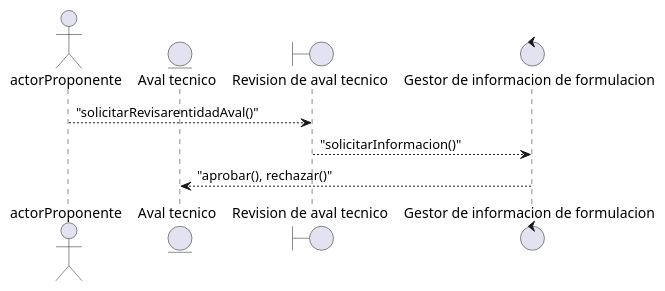
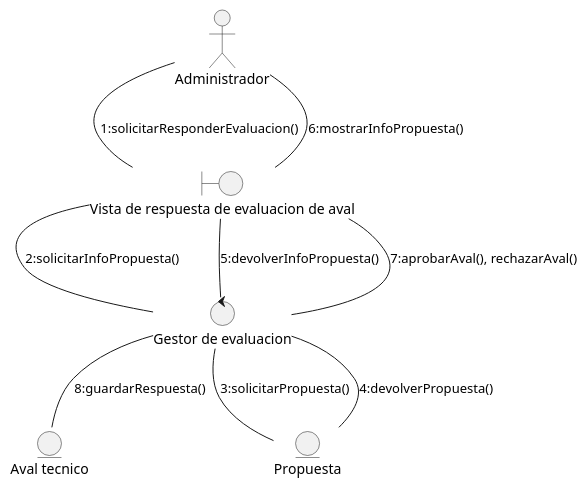
Before and after one commit to Samantha-Ramirez/ProyectoEquipo7ING: the diagram in docs/scenariosView/DisciplinaDeAnalisisDiagramaDeColaboracionResponderEvaluacionAval.plantuml, drawn with PlantUML. The commit also changed 19 other files, not shown here.

```diff
--- a/docs/scenariosView/DisciplinaDeAnalisisDiagramaDeColaboracionResponderEvaluacionAval.plantuml
+++ b/docs/scenariosView/DisciplinaDeAnalisisDiagramaDeColaboracionResponderEvaluacionAval.plantuml
@@ -1,15 +1,21 @@
 @startuml DisciplinaDeAnalisisDiagramaDeColaboracionResponderEvaluacionAval
-
-actor "actorProponente" as actorProponente
+actor "Administrador" as actorAdmin
 
 entity "Aval tecnico" as entidadAval
+entity "Propuesta" as entidadPropuesta
 
-boundary "Revision de aval tecnico" as vistaRevisionAval
+boundary "Vista de respuesta de evaluacion de aval" as vistaRespuestaEvaluacion
 
-control "Gestor de informacion de formulacion" as ctrlGestorInformacionFormulacion
+control "Gestor de evaluacion" as ctrlGestorEvaluacion
 
-actorProponente --> vistaRevisionAval : "solicitarRevisarentidadAval()"
-vistaRevisionAval --> ctrlGestorInformacionFormulacion : "solicitarInformacion()"
-ctrlGestorInformacionFormulacion --> entidadAval : "aprobar(), rechazar()"
+actorAdmin -- vistaRespuestaEvaluacion : 1:solicitarResponderEvaluacion()
+actorAdmin -- vistaRespuestaEvaluacion : 6:mostrarInfoPropuesta()
+vistaRespuestaEvaluacion -- ctrlGestorEvaluacion : 2:solicitarInfoPropuesta()
+vistaRespuestaEvaluacion -- ctrlGestorEvaluacion : 5:devolverInfoPropuesta()
+ctrlGestorEvaluacion -- entidadPropuesta : 3:solicitarPropuesta()
+ctrlGestorEvaluacion -- entidadPropuesta : 4:devolverPropuesta()
+
+vistaRespuestaEvaluacion -- ctrlGestorEvaluacion : 7:aprobarAval(), rechazarAval()
+ctrlGestorEvaluacion -- entidadAval : 8:guardarRespuesta()
 
 @enduml
```
